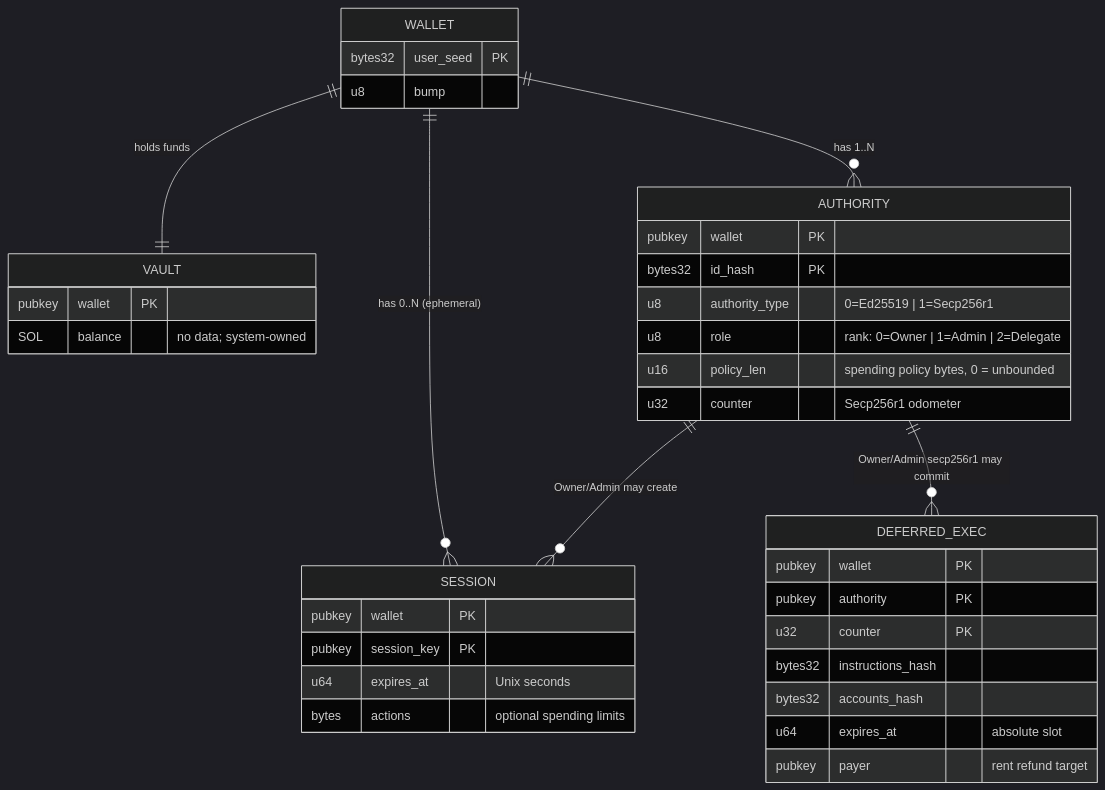
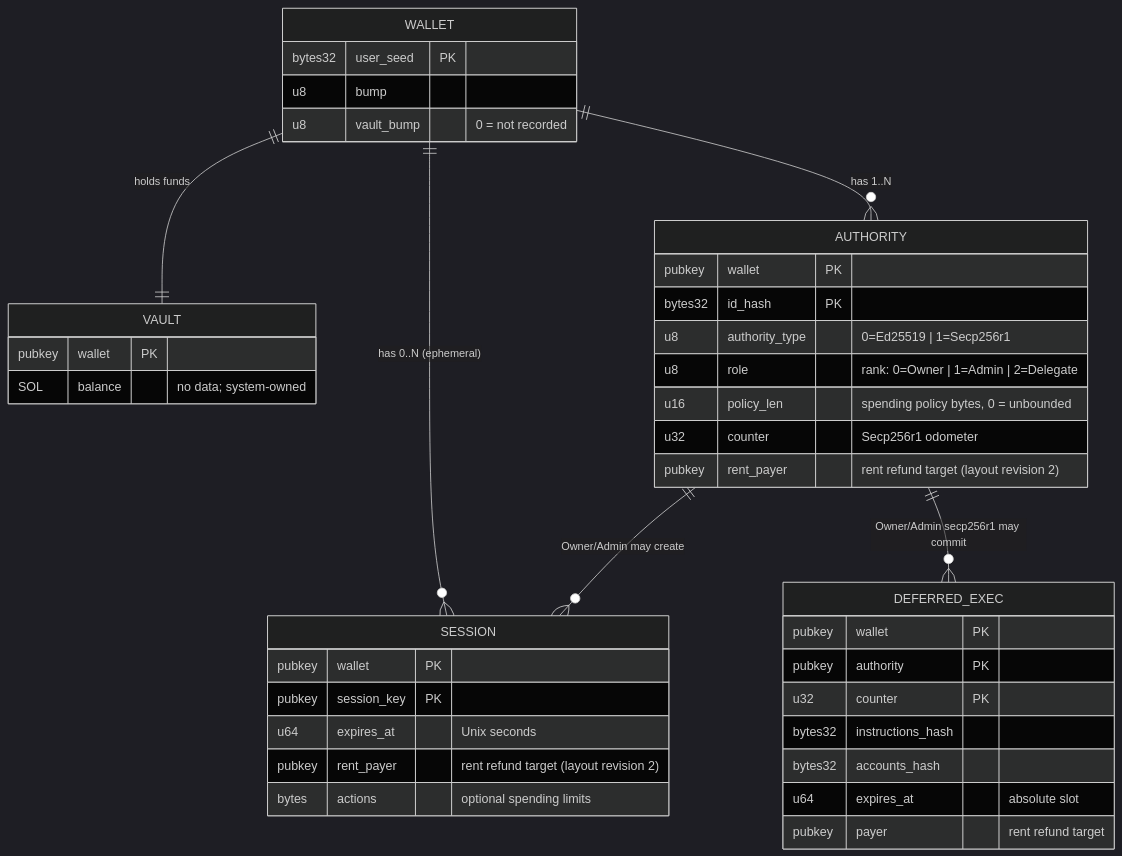
The second of 6 diagrams in docs/Architecture.md (lazor-kit/lazorkit-protocol), drawn with Mermaid (dark theme) before and after one commit. The commit also changed other lines of this file and 6 other files, not shown here.

First line of the commit message:
docs: rent refunds and stored bumps; release hashes; keeper refunds the payer

````diff
--- a/docs/Architecture.md
+++ b/docs/Architecture.md
@@ -45,40 +45,43 @@
 ```mermaid
 erDiagram
     WALLET ||--|| VAULT : "holds funds"
     WALLET ||--o{ AUTHORITY : "has 1..N"
     WALLET ||--o{ SESSION : "has 0..N (ephemeral)"
     AUTHORITY ||--o{ SESSION : "Owner/Admin may create"
     AUTHORITY ||--o{ DEFERRED_EXEC : "Owner/Admin secp256r1 may commit"
 
     WALLET {
         bytes32 user_seed PK
         u8 bump
+        u8 vault_bump "0 = not recorded"
     }
     VAULT {
         pubkey wallet PK
         SOL balance "no data; system-owned"
     }
     AUTHORITY {
         pubkey wallet PK
         bytes32 id_hash PK
         u8 authority_type "0=Ed25519 | 1=Secp256r1"
         u8 role "rank: 0=Owner | 1=Admin | 2=Delegate"
         u16 policy_len "spending policy bytes, 0 = unbounded"
         u32 counter "Secp256r1 odometer"
+        pubkey rent_payer "rent refund target (layout revision 2)"
     }
     SESSION {
         pubkey wallet PK
         pubkey session_key PK
         u64 expires_at "Unix seconds"
+        pubkey rent_payer "rent refund target (layout revision 2)"
         bytes actions "optional spending limits"
     }
     DEFERRED_EXEC {
         pubkey wallet PK
         pubkey authority PK
         u32 counter PK
         bytes32 instructions_hash
         bytes32 accounts_hash
         u64 expires_at "absolute slot"
         pubkey payer "rent refund target"
     }
 ```
````
